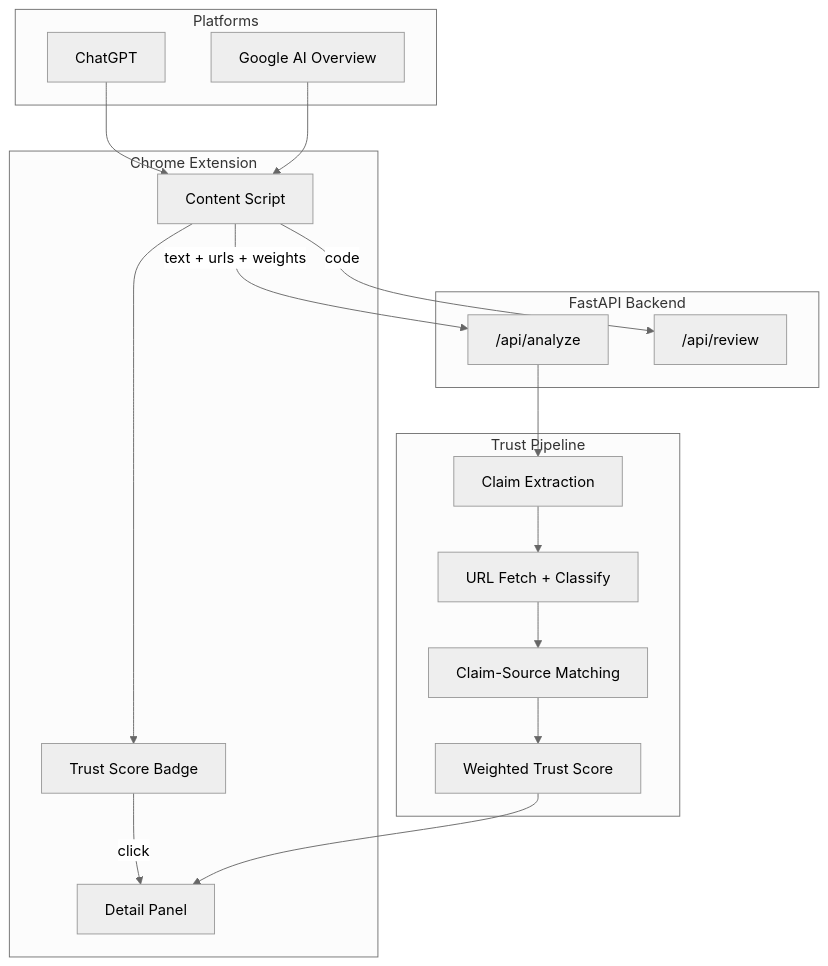
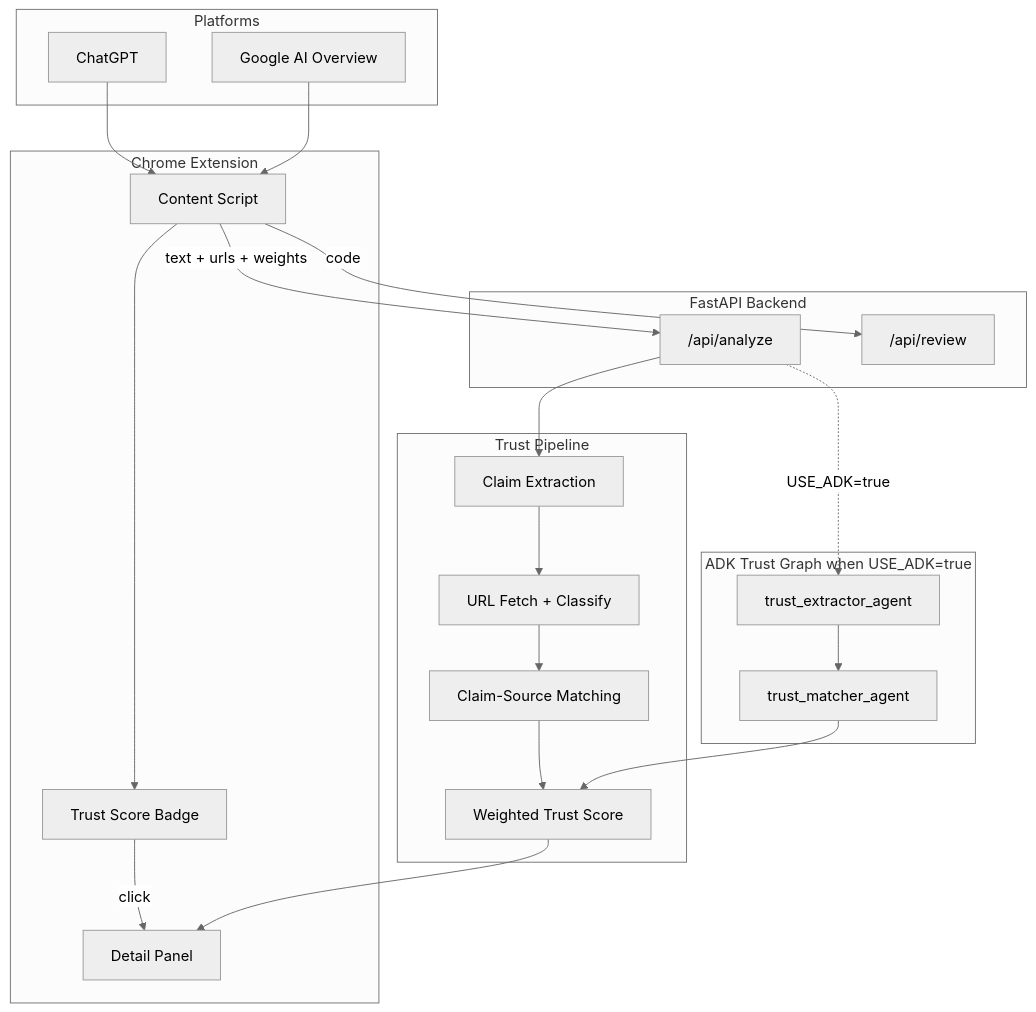
One commit to jiwonminn/checkeverything changed the diagram in README.md. Above: the diagram before and after it, drawn with Mermaid (neutral theme). The commit also changed other lines of this file and 13 other files, not shown here.

First line of the commit message:
feat: add trust eval harness and ADK trust pipeline

````diff
--- a/README.md
+++ b/README.md
@@ -75,34 +75,40 @@
 ```mermaid
 flowchart TB
   subgraph browser [Chrome Extension]
     CS[Content Script]
     Badge[Trust Score Badge]
     Panel[Detail Panel]
   end
 
   subgraph platforms [Platforms]
     GPT[ChatGPT]
     GAI[Google AI Overview]
   end
 
   subgraph api [FastAPI Backend]
     Analyze["/api/analyze"]
     Review["/api/review"]
   end
 
   subgraph pipeline [Trust Pipeline]
     Claims[Claim Extraction]
     Sources[URL Fetch + Classify]
     Match[Claim-Source Matching]
     Score[Weighted Trust Score]
   end
 
+  subgraph adk_trust [ADK Trust Graph when USE_ADK=true]
+    Extract[trust_extractor_agent]
+    Matcher[trust_matcher_agent]
+  end
+
   GPT --> CS
   GAI --> CS
   CS --> Badge
   Badge -->|click| Panel
   CS -->|text + urls + weights| Analyze
   CS -->|code| Review
   Analyze --> Claims --> Sources --> Match --> Score
+  Analyze -.->|USE_ADK=true| Extract --> Matcher --> Score
   Score --> Panel
 ```
````
